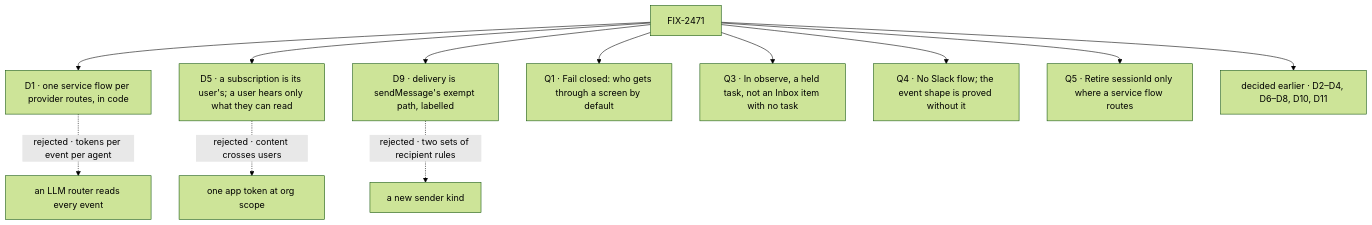
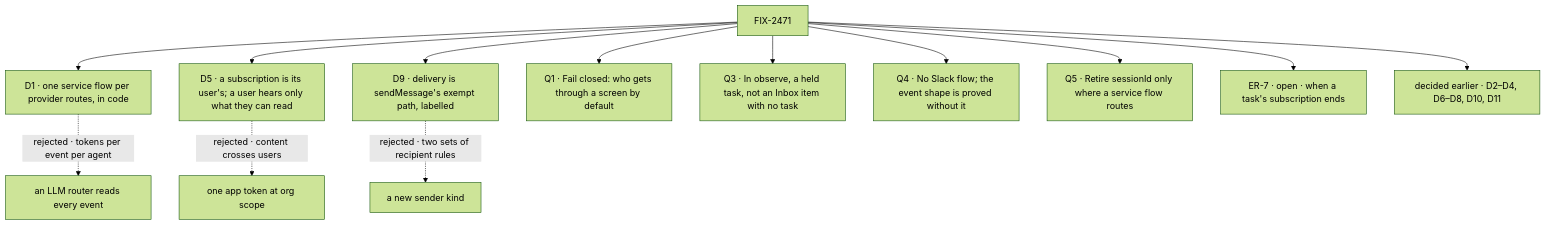
Before and after one commit to fixpoint-labs/flow-state-dev: the diagram in specs/epics/FIX-2471/DECISIONS.md, drawn with Mermaid (forest theme). The commit also changed other lines of this file and 3 other files, not shown here.

First line of the commit message:
spec(epic): FIX-2471 open ER-7 for the owner; place the last-seen cursor

````diff
--- a/specs/epics/FIX-2471/DECISIONS.md
+++ b/specs/epics/FIX-2471/DECISIONS.md
@@ -7,14 +7,15 @@
 ```mermaid
 flowchart TD
   E["FIX-2471"] --> D1["D1 · one service flow per provider routes, in code"]
   D1 -.->|"rejected · tokens per event per agent"| X1["an LLM router reads every event"]
   E --> D5["D5 · a subscription is its user's; a user hears only what they can read"]
   D5 -.->|"rejected · content crosses users"| X5["one app token at org scope"]
   E --> D9["D9 · delivery is sendMessage's exempt path, labelled"]
   D9 -.->|"rejected · two sets of recipient rules"| X9["a new sender kind"]
   E --> Q1["Q1 · Fail closed: who gets through a screen by default"]
   E --> Q3["Q3 · In observe, a held task, not an Inbox item with no task"]
   E --> Q4["Q4 · No Slack flow; the event shape is proved without it"]
   E --> Q5["Q5 · Retire sessionId only where a service flow routes"]
+  E --> R7["ER-7 · open · when a task's subscription ends"]
   E --> G["decided earlier · D2–D4, D6–D8, D10, D11"]
 ```
````
